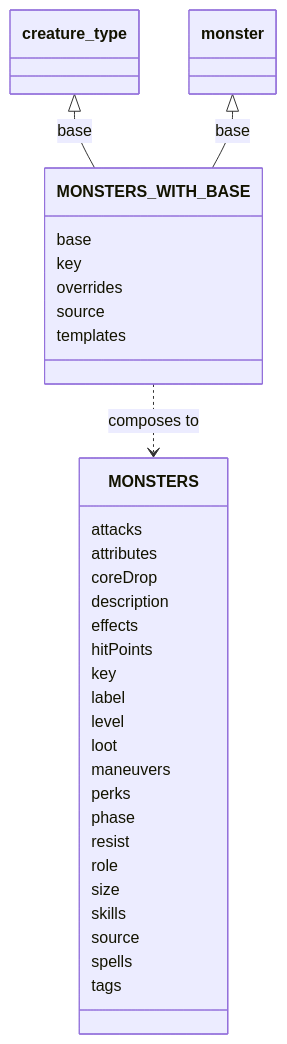
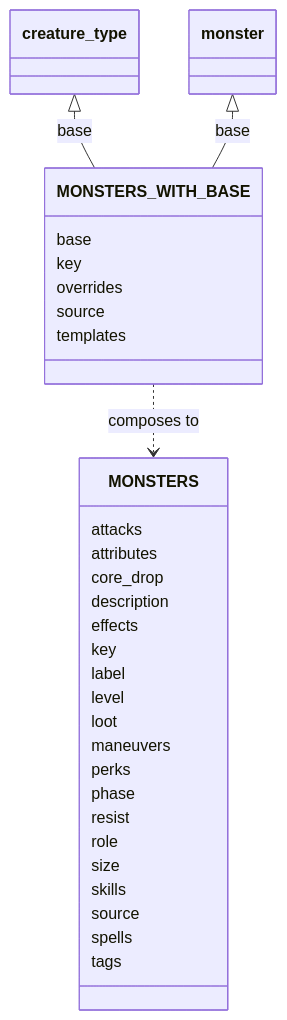
One commit to SETA1609/riftweave-core changed the third of 7 diagrams in docs/core/composition-diagram.md. Above: the diagram before and after it, drawn with Mermaid. The commit also changed other lines of this file and 297 other files, not shown here.

````diff
--- a/docs/core/composition-diagram.md
+++ b/docs/core/composition-diagram.md
@@ -92,37 +92,36 @@
 ```mermaid
 classDiagram
     class MONSTERS {
         attacks
         attributes
-        coreDrop
+        core_drop
         description
         effects
-        hitPoints
         key
         label
         level
         loot
         maneuvers
         perks
         phase
         resist
         role
         size
         skills
         source
         spells
         tags
     }
     class creature_type
     class monster
     class MONSTERS_WITH_BASE {
         base
         key
         overrides
         source
         templates
     }
     creature_type <|-- MONSTERS_WITH_BASE : base
     monster <|-- MONSTERS_WITH_BASE : base
     MONSTERS_WITH_BASE ..> MONSTERS : composes to
 ```
````
